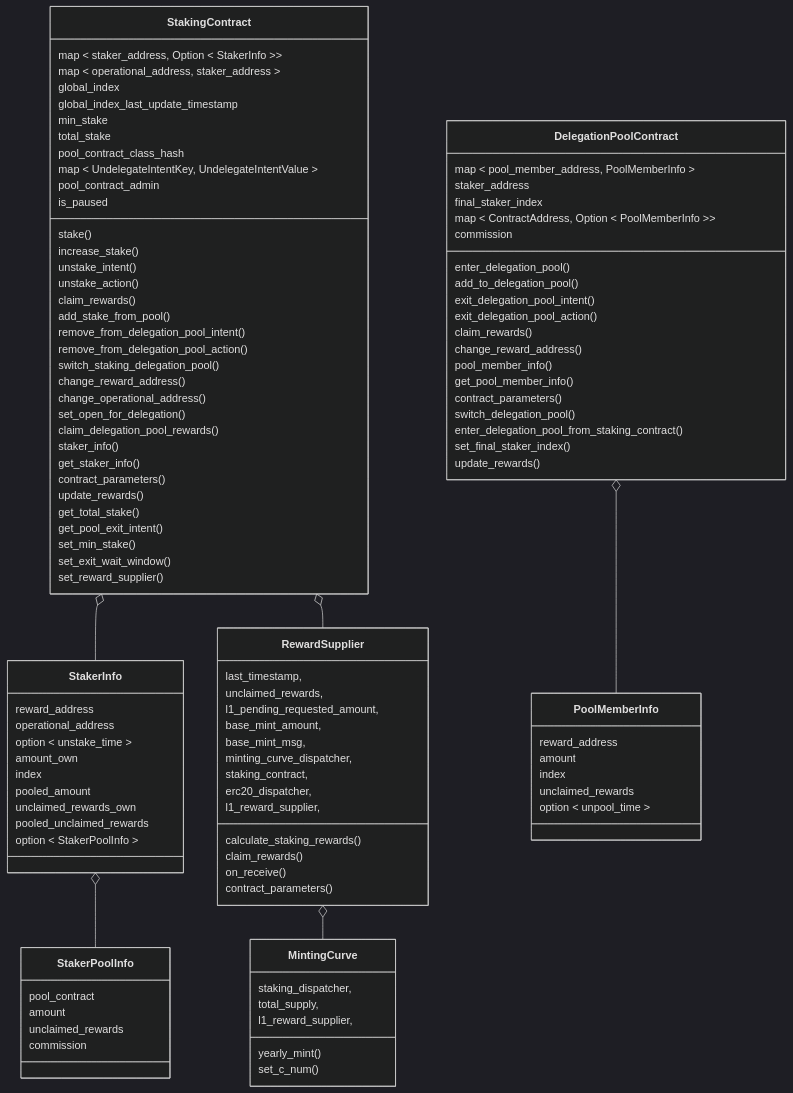
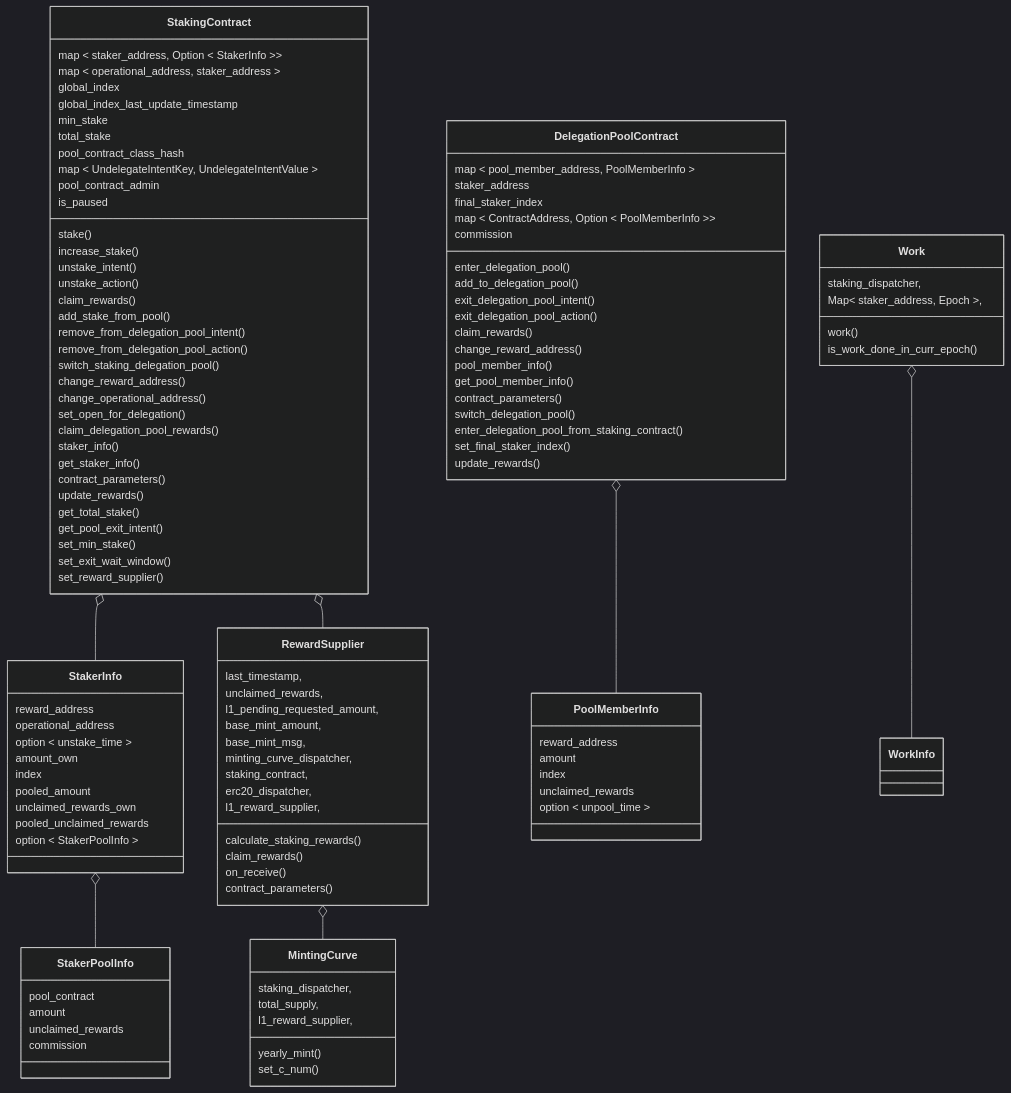
Before and after one commit to starkware-libs/starknet-staking: the first of 8 diagrams in workspace/apps/staking/docs/spec.md, drawn with Mermaid (dark theme). The commit also changed other lines of this file and 11 other files, not shown here.

````diff
--- a/workspace/apps/staking/docs/spec.md
+++ b/workspace/apps/staking/docs/spec.md
@@ -271,9 +280,18 @@
     yearly_mint()
     set_c_num()
   }
+  class Work {
+    staking_dispatcher,
+    Map< staker_address, Epoch >,
+    work()
+    is_work_done_in_curr_epoch()
+  }
+  class WorkInfo{
+  }
   StakingContract o-- StakerInfo
   StakerInfo o-- StakerPoolInfo
   DelegationPoolContract o-- PoolMemberInfo
   StakingContract o-- RewardSupplier
   RewardSupplier o-- MintingCurve
+  Work o-- WorkInfo
 ```
````
